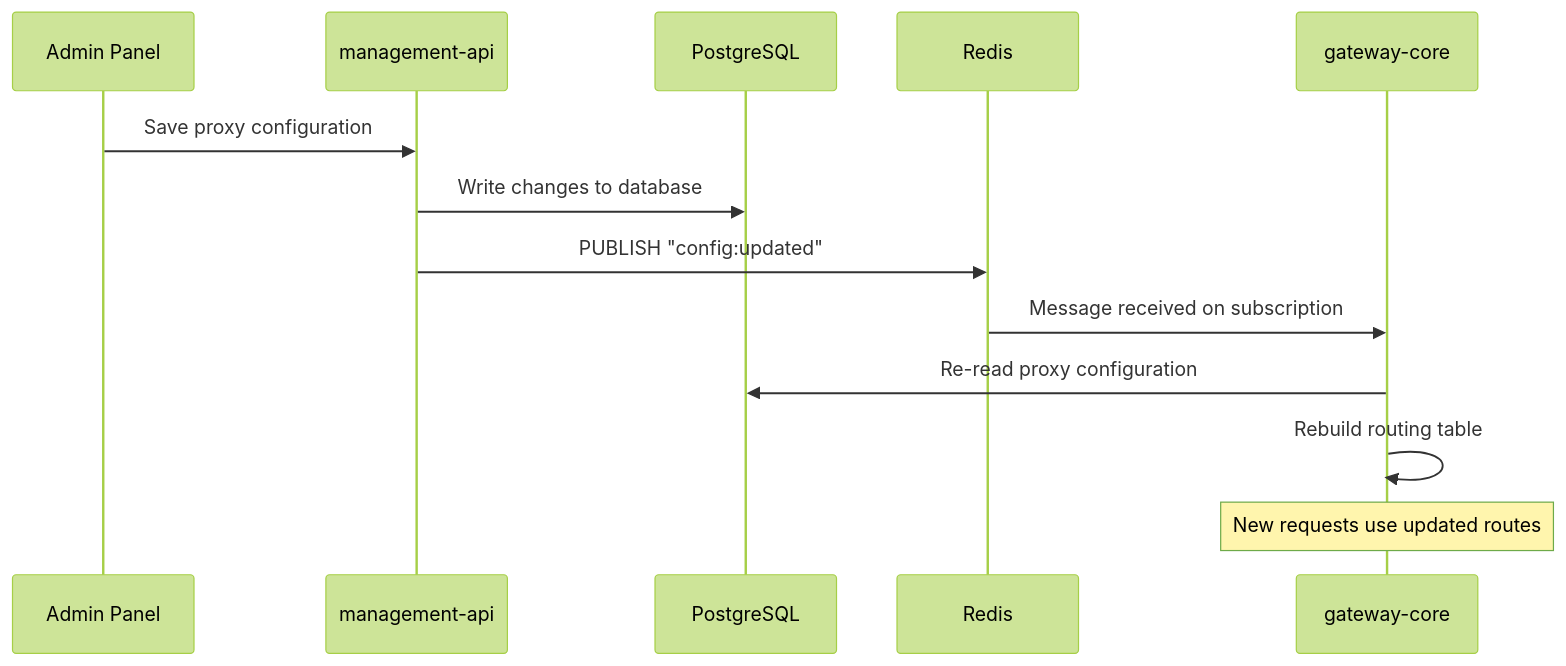
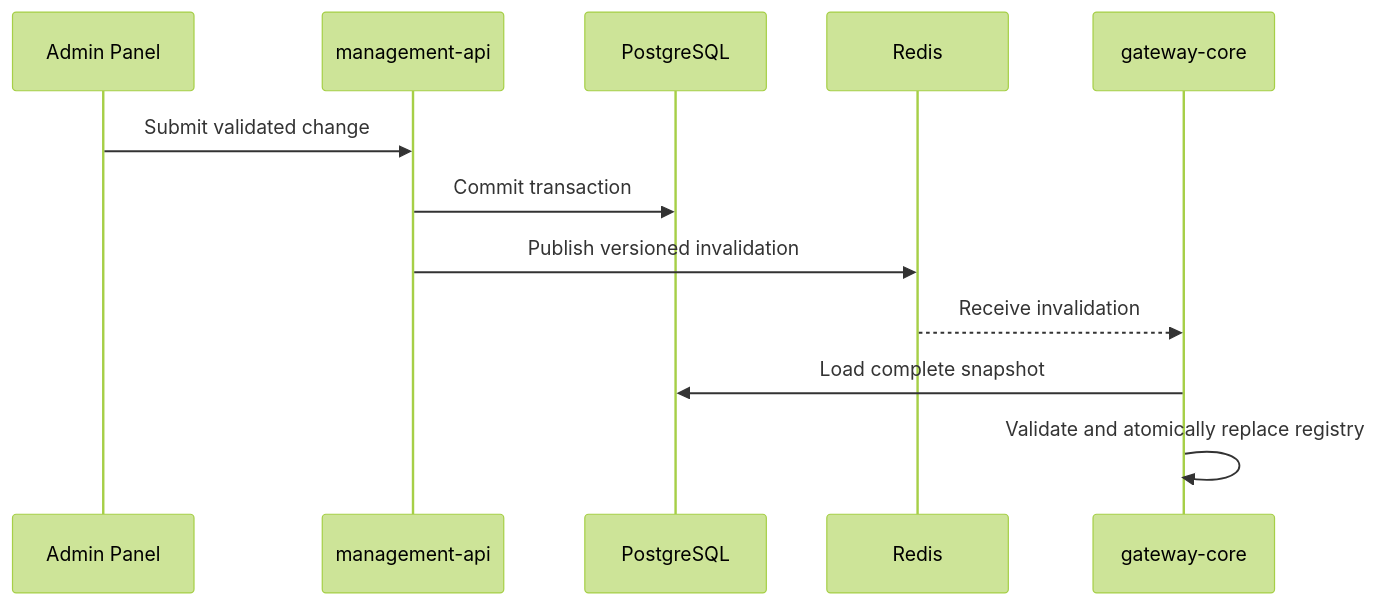
Before and after one commit to c4rl0s04/api-gateway-platform: the diagram in docs/02-architecture/Hot Reload Sync.md, drawn with Mermaid (forest theme). The commit also changed other lines of this file and 93 other files, not shown here.

Commit message:
docs(platform): document architecture authentication and operations

````diff
--- a/docs/02-architecture/Hot Reload Sync.md
+++ b/docs/02-architecture/Hot Reload Sync.md
@@ -18,16 +30,15 @@
 ```mermaid
 sequenceDiagram
     participant Admin as Admin Panel
-    participant MAPI as management-api
-    participant PG as PostgreSQL
-    participant Redis as Redis
-    participant GW as gateway-core
+    participant API as management-api
+    participant DB as PostgreSQL
+    participant Redis
+    participant Gateway as gateway-core
 
-    Admin->>MAPI: Save proxy configuration
-    MAPI->>PG: Write changes to database
-    MAPI->>Redis: PUBLISH "config:updated"
-    Redis->>GW: Message received on subscription
-    GW->>PG: Re-read proxy configuration
-    GW->>GW: Rebuild routing table
-    Note over GW: New requests use updated routes
+    Admin->>API: Submit validated change
+    API->>DB: Commit transaction
+    API->>Redis: Publish versioned invalidation
+    Redis-->>Gateway: Receive invalidation
+    Gateway->>DB: Load complete snapshot
+    Gateway->>Gateway: Validate and atomically replace registry
 ```
````
